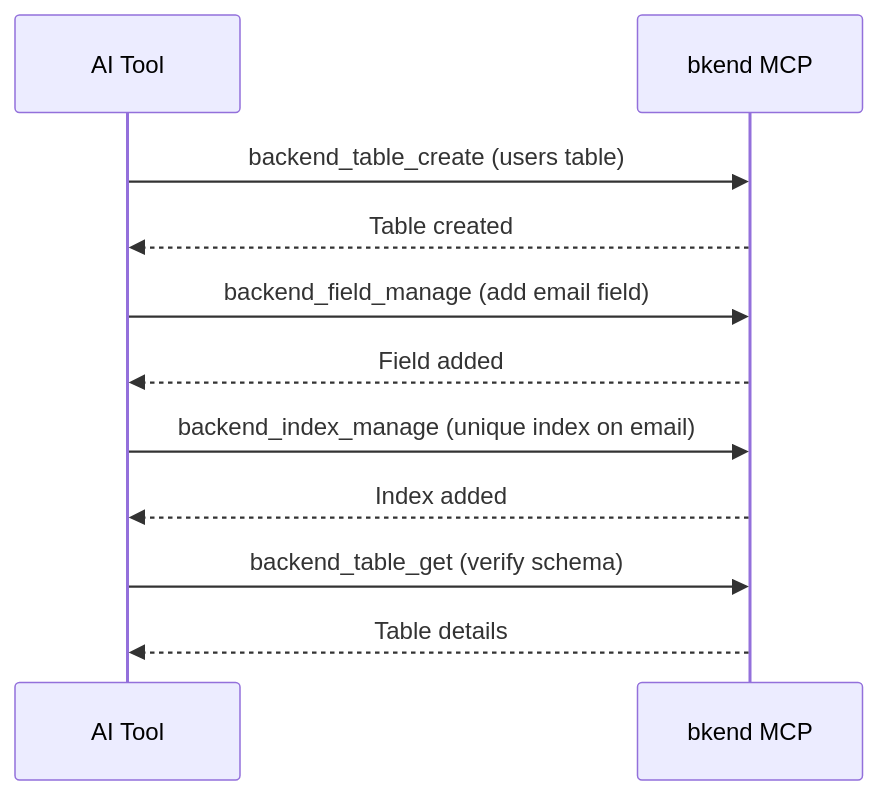
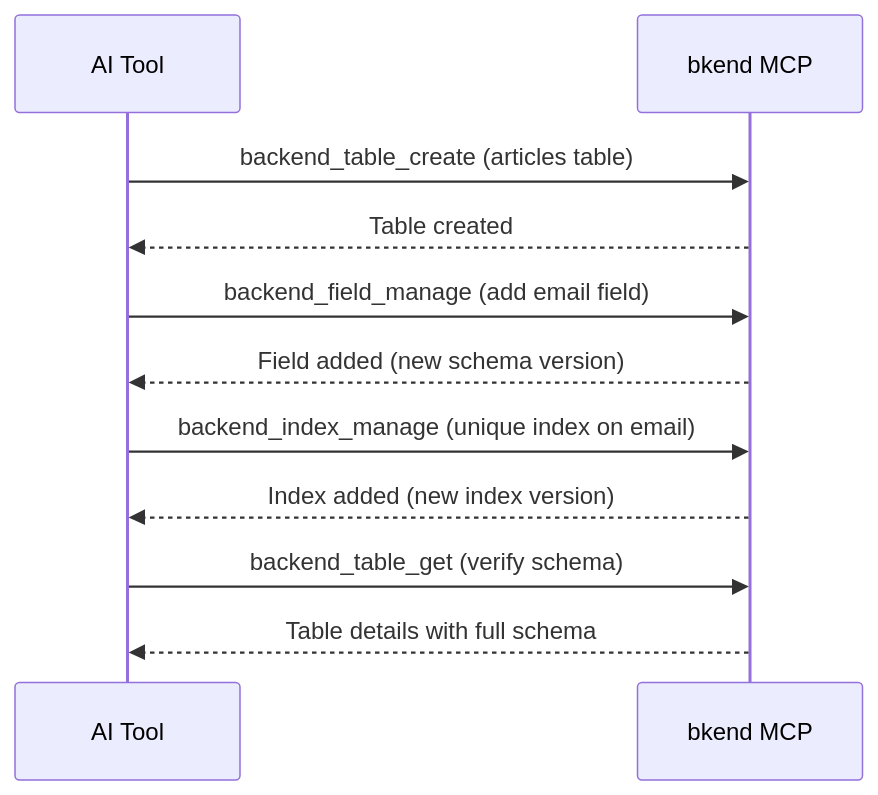
The second of 2 diagrams in en/mcp/04-table-tools.md (popup-studio-ai/bkend-docs), drawn with Mermaid before and after one commit. The commit also changed other lines of this file and 424 other files, not shown here.

````diff
--- a/en/mcp/04-table-tools.md
+++ b/en/mcp/04-table-tools.md
@@ -253,17 +228,17 @@
 ```mermaid
 sequenceDiagram
     participant AI as AI Tool
     participant MCP as bkend MCP
 
-    AI->>MCP: backend_table_create (users table)
+    AI->>MCP: backend_table_create (articles table)
     MCP-->>AI: Table created
 
     AI->>MCP: backend_field_manage (add email field)
-    MCP-->>AI: Field added
+    MCP-->>AI: Field added (new schema version)
 
     AI->>MCP: backend_index_manage (unique index on email)
-    MCP-->>AI: Index added
+    MCP-->>AI: Index added (new index version)
 
     AI->>MCP: backend_table_get (verify schema)
-    MCP-->>AI: Table details
+    MCP-->>AI: Table details with full schema
 ```
````
